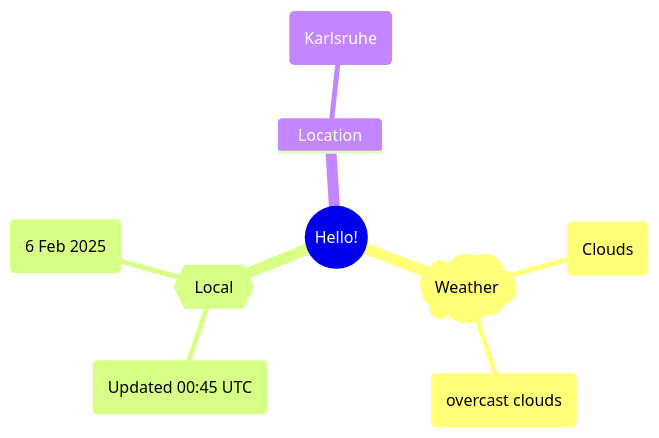
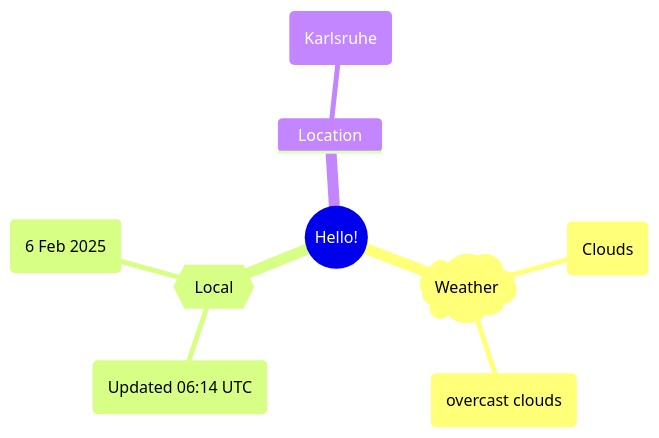
One commit to Xosrov/Xosrov changed the first of 2 diagrams in README.md. Above: the diagram before and after it, drawn with Mermaid.

Commit message:
[bot] updated images

````diff
--- a/README.md
+++ b/README.md
@@ -3,12 +3,12 @@
 ```mermaid
 mindmap
   root((Hello!))
     )Weather(
         (Clouds)
         (overcast clouds)
     {{Local}}
-        (Updated 00:45 UTC)
+        (Updated 06:14 UTC)
         (6 Feb 2025)
     Location
         (Karlsruhe)
 ```
````
